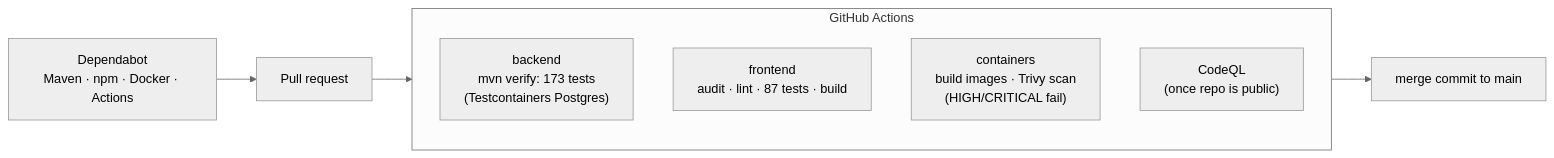
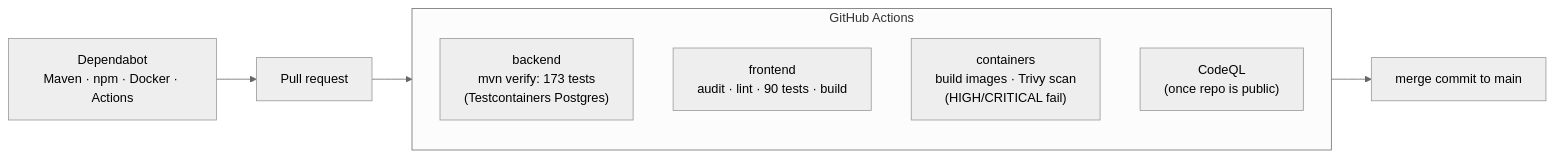
One commit to shankark6666/salary-mgmt changed the seventh of 7 diagrams in docs/architecture.md. Above: the diagram before and after it, drawn with Mermaid (neutral theme). The commit also changed other lines of this file and 17 other files, not shown here.

First line of the commit message:
Document the Angular UI: ADR-0007, architecture, security, release 2.0.0

````diff
--- a/docs/architecture.md
+++ b/docs/architecture.md
@@ -208,12 +207,12 @@
 ```mermaid
 flowchart LR
     pr["Pull request"] --> ci
     subgraph ci["GitHub Actions"]
         be["backend<br/>mvn verify: 173 tests<br/>(Testcontainers Postgres)"]
-        fe["frontend<br/>audit · lint · 87 tests · build"]
+        fe["frontend<br/>audit · lint · 90 tests · build"]
         img["containers<br/>build images · Trivy scan<br/>(HIGH/CRITICAL fail)"]
         cq["CodeQL<br/>(once repo is public)"]
     end
     ci --> merge["merge commit to main"]
     deps["Dependabot<br/>Maven · npm · Docker · Actions"] --> pr
 ```
````
